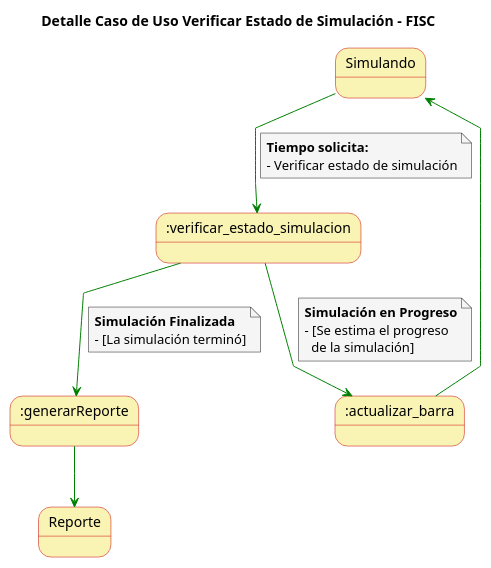
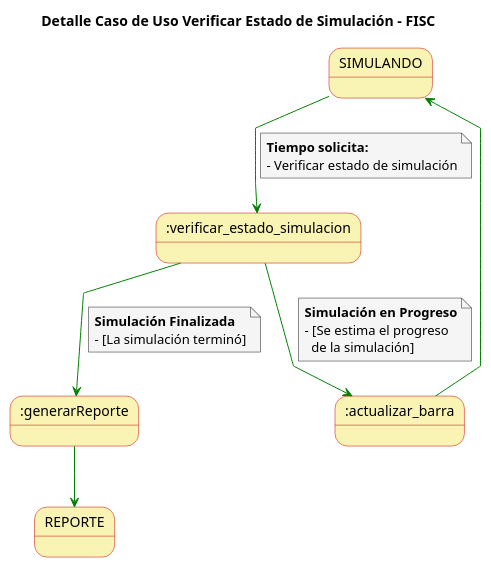
Before and after one commit to mmasias/23-24-IdSw1-SDR: the diagram in casosDeUso/detallesCasosUso/detalleCasoUsoVerificarEstadoSimulacion.puml, drawn with PlantUML. The commit also changed 20 other files, not shown here.

```diff
--- a/casosDeUso/detallesCasosUso/detalleCasoUsoVerificarEstadoSimulacion.puml
+++ b/casosDeUso/detallesCasosUso/detalleCasoUsoVerificarEstadoSimulacion.puml
@@ -1,40 +1,40 @@
 @startuml
 
 skinparam state {
   BackgroundColor #faf4b4
   BorderColor #c90000
 }
 
 skinparam note {
   BackgroundColor #f5f5f5
 }
 
 skinparam linetype polyline
 
 title Detalle Caso de Uso Verificar Estado de Simulación - FISC
 
-Simulando -[#green]-> :verificar_estado_simulacion
+SIMULANDO-[#green]-> :verificar_estado_simulacion
 note on link
   **Tiempo solicita:**
   - Verificar estado de simulación
 end note
 
 :verificar_estado_simulacion -[#green]-> :actualizar_barra
 note on link
   **Simulación en Progreso**
   - [Se estima el progreso
     de la simulación]
 end note
 
-:actualizar_barra -[#green]-> Simulando
+:actualizar_barra -[#green]-> SIMULANDO
 
 
 :verificar_estado_simulacion -[#green]-> :generarReporte
 note on link
   **Simulación Finalizada**
   - [La simulación terminó]
 end note
 
-:generarReporte -[#green]-> Reporte
+:generarReporte -[#green]-> REPORTE
 
 @enduml
```
